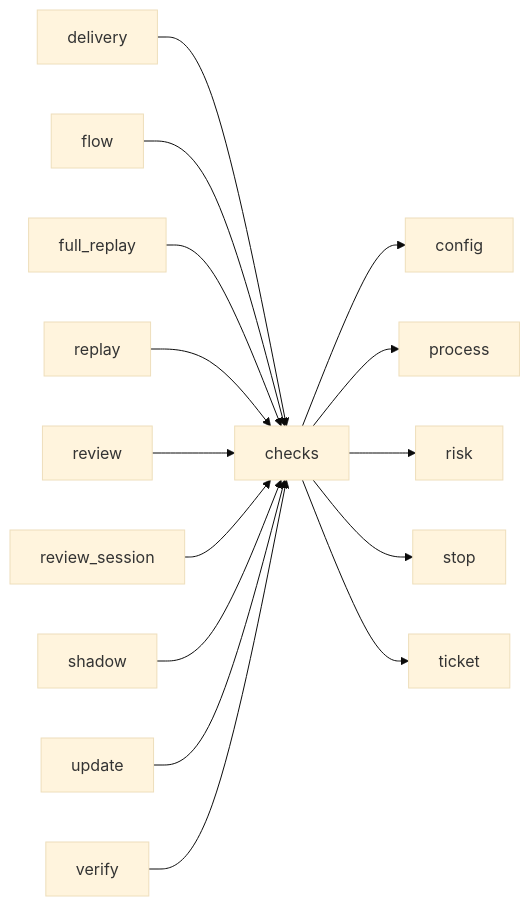
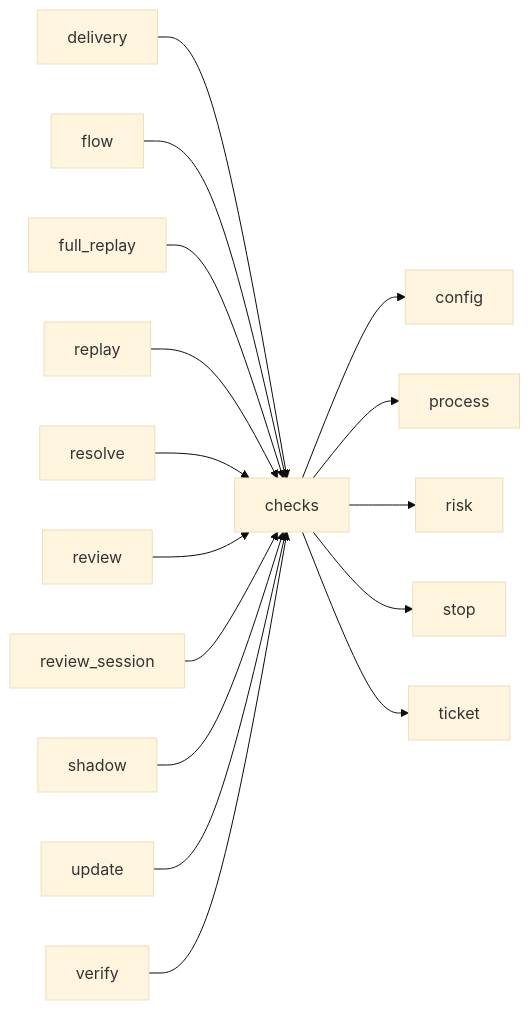
One commit to plaplanche/ariane changed the third of 3 diagrams in docs/architecture/modules/checks.md. Above: the diagram before and after it, drawn with Mermaid (base theme). The commit also changed other lines of this file and 22 other files, not shown here.

````diff
--- a/docs/architecture/modules/checks.md
+++ b/docs/architecture/modules/checks.md
@@ -104,17 +105,18 @@
 ```mermaid
 flowchart LR
   checks --> config
   checks --> process
   checks --> risk
   checks --> stop
   checks --> ticket
   delivery --> checks
   flow --> checks
   full_replay --> checks
   replay --> checks
+  resolve --> checks
   review --> checks
   review_session --> checks
   shadow --> checks
   update --> checks
   verify --> checks
 ```
````
